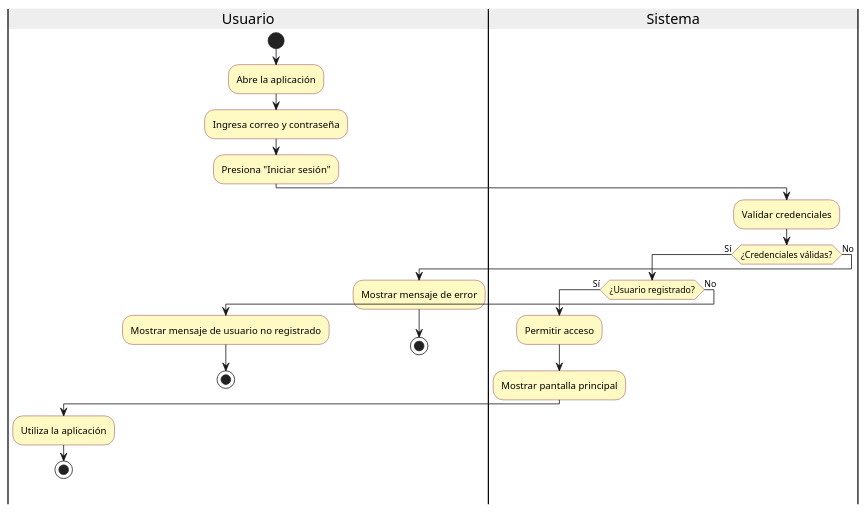
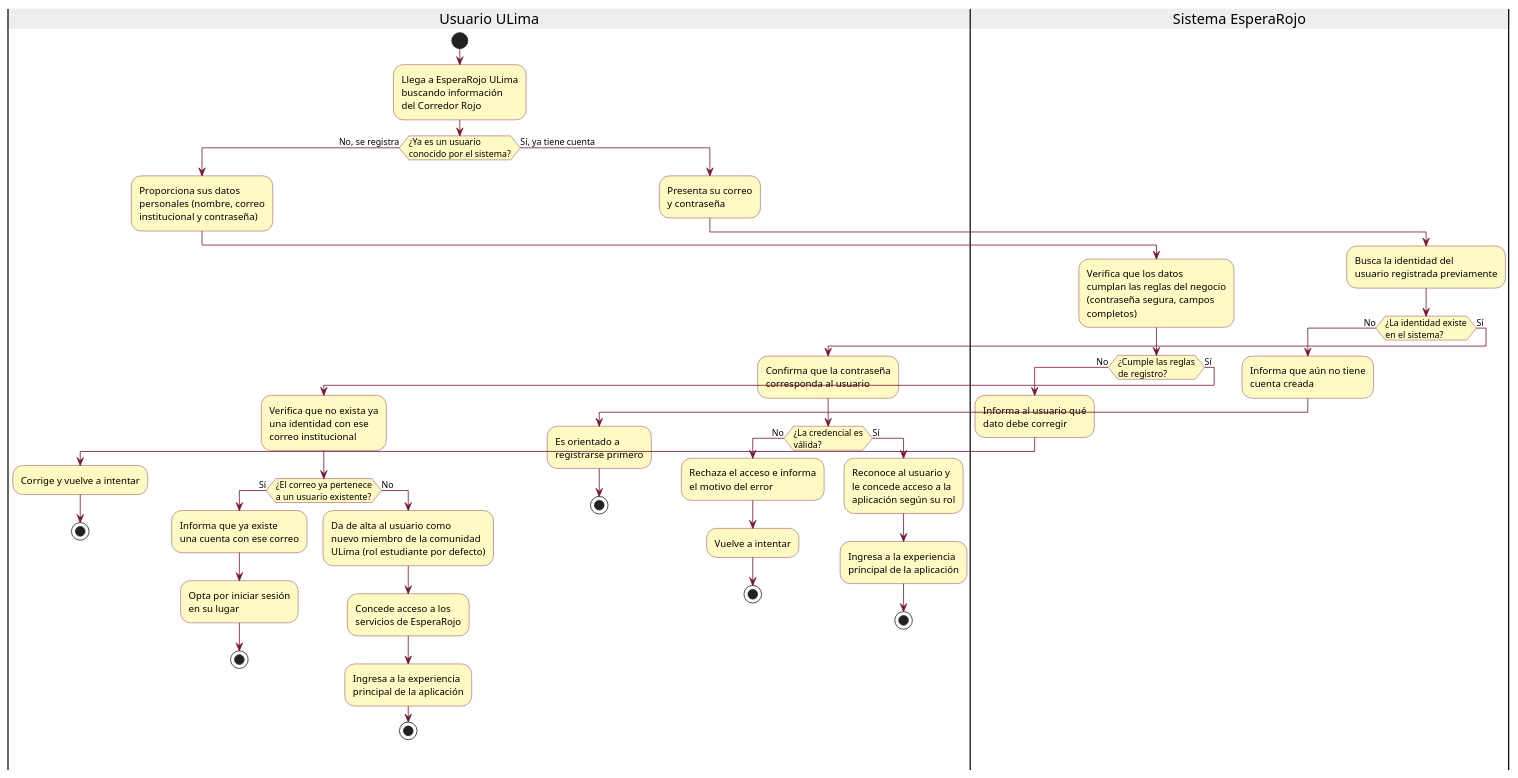
The diagram in flujo de casos/actividad1.puml (AndreCabrejos/diagramas-uml), drawn with PlantUML before and after one commit. The commit also changed 14 other files, not shown here.

```diff
--- a/flujo de casos/actividad1.puml
+++ b/flujo de casos/actividad1.puml
@@ -1,35 +1,72 @@
-@startuml
+@startuml "Actividad 1 - Proceso de Negocio: Acceso e Identidad del Usuario"
 skinparam SwimlaneTitleBackgroundColor #EEE
 skinparam ActivityBackgroundColor #FFF9C4
 skinparam ActivityBorderColor #7A1631
+skinparam Arrow {
+  Color #7A1631
+}
 
-|Usuario|
+|Usuario ULima|
 start
-:Abre la aplicación;
-:Ingresa correo y contraseña;
-:Presiona "Iniciar sesión";
+:Llega a EsperaRojo ULima\nbuscando información\ndel Corredor Rojo;
 
-|Sistema|
-:Validar credenciales;
+if (¿Ya es un usuario\nconocido por el sistema?) then (No, se registra)
 
-if (¿Credenciales válidas?) then (Sí)
+  :Proporciona sus datos\npersonales (nombre, correo\ninstitucional y contraseña);
 
-    if (¿Usuario registrado?) then (Sí)
-        :Permitir acceso;
-        :Mostrar pantalla principal;
+  |Sistema EsperaRojo|
+  :Verifica que los datos\ncumplan las reglas del negocio\n(contraseña segura, campos\ncompletos);
 
-        |Usuario|
-        :Utiliza la aplicación;
-        stop
+  if (¿Cumple las reglas\nde registro?) then (No)
+    :Informa al usuario qué\ndato debe corregir;
+    |Usuario ULima|
+    :Corrige y vuelve a intentar;
+    stop
+  else (Sí)
+    :Verifica que no exista ya\nuna identidad con ese\ncorreo institucional;
 
+    if (¿El correo ya pertenece\na un usuario existente?) then (Sí)
+      :Informa que ya existe\nuna cuenta con ese correo;
+      |Usuario ULima|
+      :Opta por iniciar sesión\nen su lugar;
+      stop
     else (No)
-        :Mostrar mensaje de usuario no registrado;
-        stop
+      :Da de alta al usuario como\nnuevo miembro de la comunidad\nULima (rol estudiante por defecto);
+      :Concede acceso a los\nservicios de EsperaRojo;
+      |Usuario ULima|
+      :Ingresa a la experiencia\nprincipal de la aplicación;
+      stop
     endif
+  endif
 
-else (No)
-    :Mostrar mensaje de error;
+else (Sí, ya tiene cuenta)
+
+  :Presenta su correo\ny contraseña;
+
+  |Sistema EsperaRojo|
+  :Busca la identidad del\nusuario registrada previamente;
+
+  if (¿La identidad existe\nen el sistema?) then (No)
+    :Informa que aún no tiene\ncuenta creada;
+    |Usuario ULima|
+    :Es orientado a\nregistrarse primero;
     stop
+  else (Sí)
+    :Confirma que la contraseña\ncorresponda al usuario;
+
+    if (¿La credencial es\nválida?) then (No)
+      :Rechaza el acceso e informa\nel motivo del error;
+      |Usuario ULima|
+      :Vuelve a intentar;
+      stop
+    else (Sí)
+      :Reconoce al usuario y\nle concede acceso a la\naplicación según su rol;
+      |Usuario ULima|
+      :Ingresa a la experiencia\nprincipal de la aplicación;
+      stop
+    endif
+  endif
+
 endif
 
 @enduml
```
